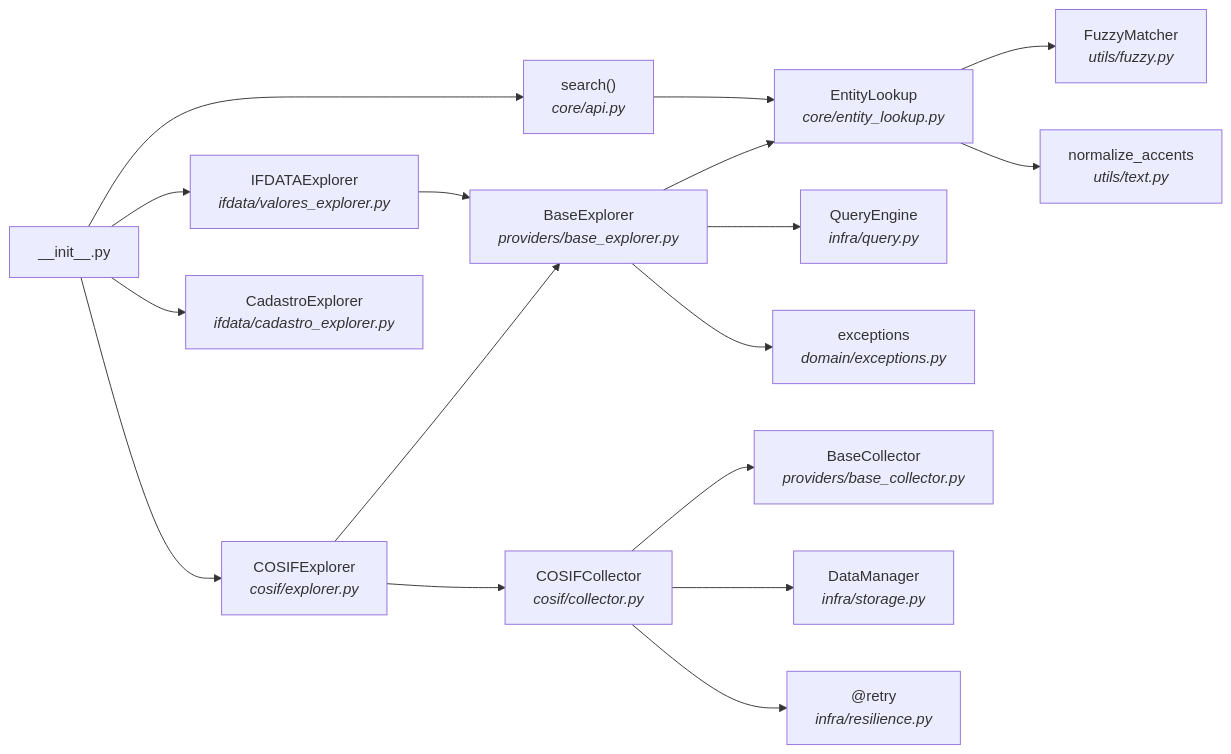
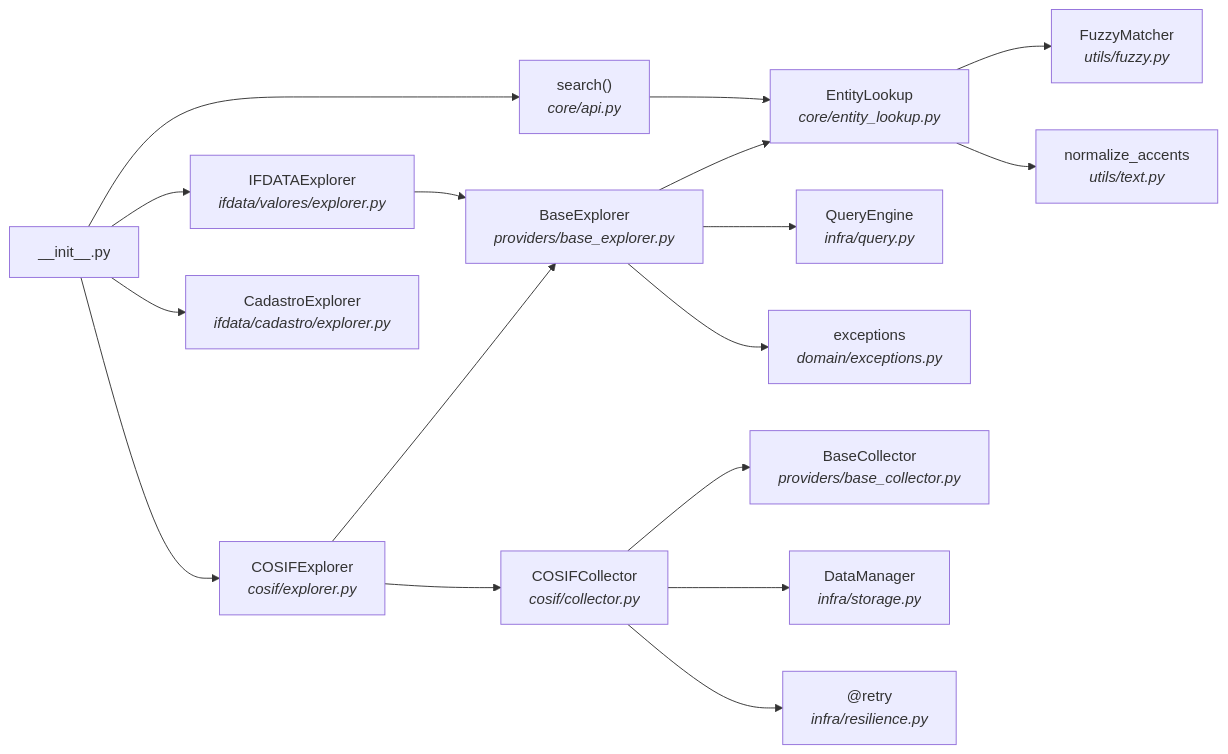
One commit to enzoomoreira/ifdata-bcb changed the second of 2 diagrams in docs/internals/architecture.md. Above: the diagram before and after it, drawn with Mermaid. The commit also changed other lines of this file and 50 other files, not shown here.

First line of the commit message:
refactor!: decompose IFDATA provider into cadastro/ and valores/ sub-packages

````diff
--- a/docs/internals/architecture.md
+++ b/docs/internals/architecture.md
@@ -358,35 +359,35 @@
 ```mermaid
 graph LR
     init["__init__.py"]
 
     cosif_exp["COSIFExplorer<br/><i>cosif/explorer.py</i>"]
-    ifdata_exp["IFDATAExplorer<br/><i>ifdata/valores_explorer.py</i>"]
-    cadastro_exp["CadastroExplorer<br/><i>ifdata/cadastro_explorer.py</i>"]
+    ifdata_exp["IFDATAExplorer<br/><i>ifdata/valores/explorer.py</i>"]
+    cadastro_exp["CadastroExplorer<br/><i>ifdata/cadastro/explorer.py</i>"]
     api["search()<br/><i>core/api.py</i>"]
 
     base_exp["BaseExplorer<br/><i>providers/base_explorer.py</i>"]
     entity["EntityLookup<br/><i>core/entity_lookup.py</i>"]
     query["QueryEngine<br/><i>infra/query.py</i>"]
     exceptions["exceptions<br/><i>domain/exceptions.py</i>"]
 
     cosif_col["COSIFCollector<br/><i>cosif/collector.py</i>"]
     base_col["BaseCollector<br/><i>providers/base_collector.py</i>"]
     storage["DataManager<br/><i>infra/storage.py</i>"]
     resilience["@retry<br/><i>infra/resilience.py</i>"]
 
     fuzzy["FuzzyMatcher<br/><i>utils/fuzzy.py</i>"]
     text["normalize_accents<br/><i>utils/text.py</i>"]
 
     init --> cosif_exp & ifdata_exp & cadastro_exp & api
 
     cosif_exp --> base_exp
     cosif_exp --> cosif_col
     ifdata_exp --> base_exp
 
     base_exp --> entity & query & exceptions
 
     cosif_col --> base_col & storage & resilience
 
     api --> entity
     entity --> fuzzy & text
 ```
````
